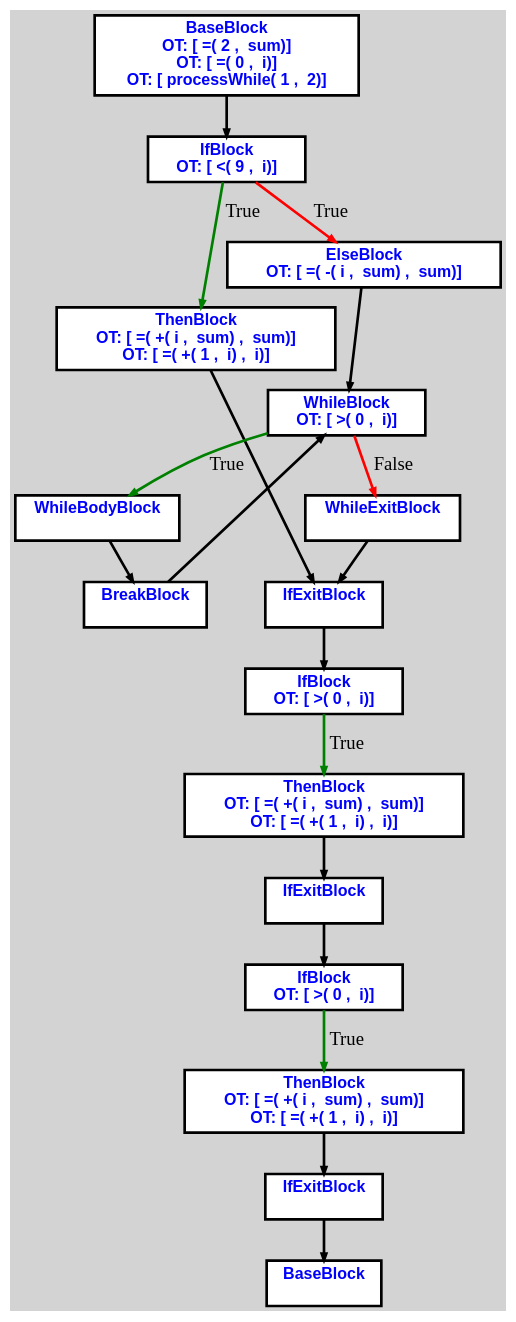
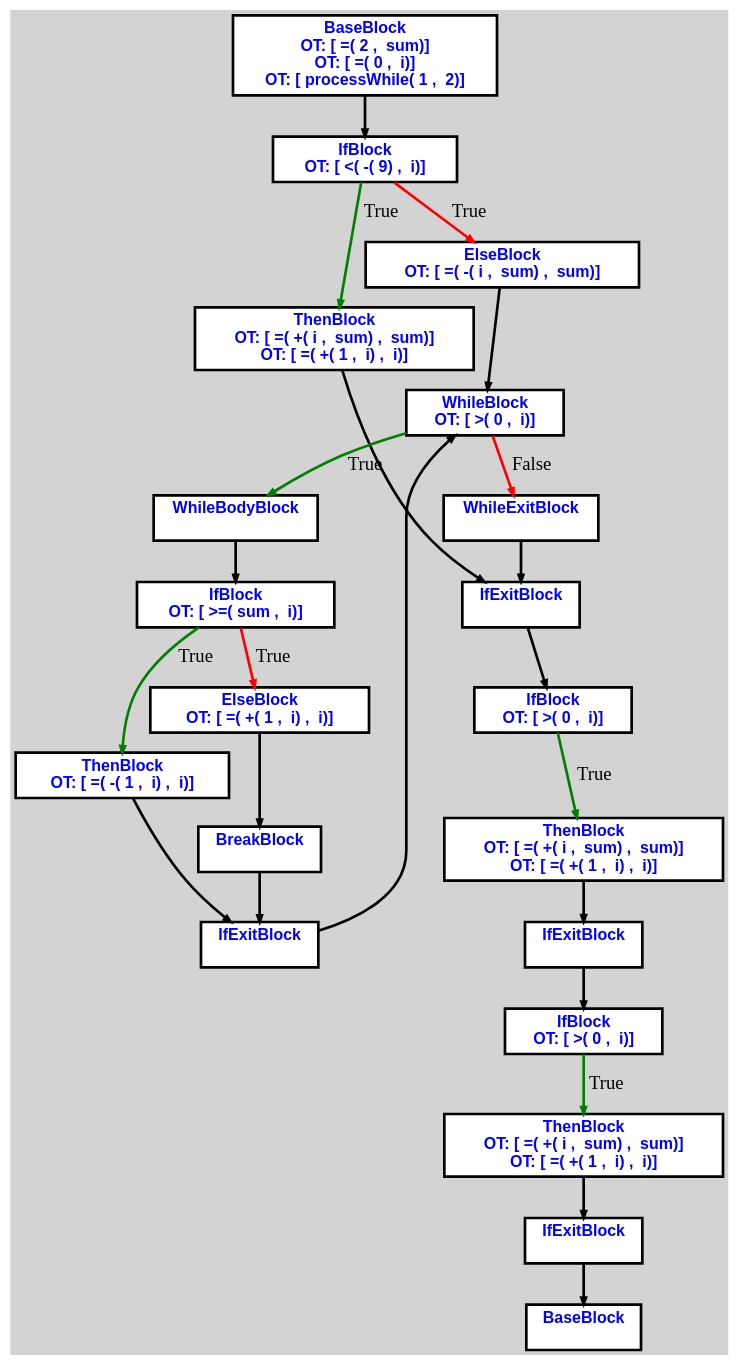
The diagram in cpoCompilerWin/input2.txt.processArray.dot (aveen007/CountingMonkeys), drawn with Graphviz before and after one commit. The commit also changed 24 other files, not shown here.

```diff
--- a/cpoCompilerWin/input2.txt.processArray.dot
+++ b/cpoCompilerWin/input2.txt.processArray.dot
@@ -1,54 +1,66 @@
 digraph G {
 ordering=out;
 ranksep=.4;
 bgcolor="lightgrey";  node [shape=box, fixedsize=false, fontsize=12, fontname="Helvetica-bold", fontcolor="blue"
 width=.25, height=.25, color="black", fillcolor="white", style="filled, solid, bold"];
 
-edge [arrowsize=.5, color="black", style="bold"]    n00001222C27A5A80 [label="BaseBlock\n OT: [ =( 2 ,  sum)]
+edge [arrowsize=.5, color="black", style="bold"]    n000011CED78A58A0 [label="BaseBlock\n OT: [ =( 2 ,  sum)]
 OT: [ =( 0 ,  i)]
 OT: [ processWhile( 1 ,  2)]
 "]
-    n00001222C27A5AE0 [label="IfBlock\n OT: [ <( 9 ,  i)]
+    n000011CED78A5900 [label="IfBlock\n OT: [ <( -( 9) ,  i)]
 "]
-    n00001222C27A5A80 -> n00001222C27A5AE0
-    n00001222C27A5AE0 -> n00001222C27A5B40 [label="True" color="green"]
-    n00001222C27A5B40 [label="ThenBlock\n OT: [ =( +( i ,  sum) ,  sum)]
+    n000011CED78A58A0 -> n000011CED78A5900
+    n000011CED78A5900 -> n000011CED78A5960 [label="True" color="green"]
+    n000011CED78A5960 [label="ThenBlock\n OT: [ =( +( i ,  sum) ,  sum)]
 OT: [ =( +( 1 ,  i) ,  i)]
 "]
-    n00001222C27A5D80 [label="IfExitBlock\n "]
-    n00001222C27A5B40 -> n00001222C27A5D80
-    n00001222C27A5DE0 [label="IfBlock\n OT: [ >( 0 ,  i)]
+    n000011CED78A5D20 [label="IfExitBlock\n "]
+    n000011CED78A5960 -> n000011CED78A5D20
+    n000011CED78A5D80 [label="IfBlock\n OT: [ >( 0 ,  i)]
 "]
-    n00001222C27A5D80 -> n00001222C27A5DE0
-    n00001222C27A5DE0 -> n00001222C27A5E40 [label="True" color="green"]
-    n00001222C27A5E40 [label="ThenBlock\n OT: [ =( +( i ,  sum) ,  sum)]
+    n000011CED78A5D20 -> n000011CED78A5D80
+    n000011CED78A5D80 -> n000011CED78A5DE0 [label="True" color="green"]
+    n000011CED78A5DE0 [label="ThenBlock\n OT: [ =( +( i ,  sum) ,  sum)]
 OT: [ =( +( 1 ,  i) ,  i)]
 "]
-    n00001222C27A5EA0 [label="IfExitBlock\n "]
-    n00001222C27A5E40 -> n00001222C27A5EA0
-    n00001222C27A5F00 [label="IfBlock\n OT: [ >( 0 ,  i)]
+    n000011CED78A5E40 [label="IfExitBlock\n "]
+    n000011CED78A5DE0 -> n000011CED78A5E40
+    n000011CED78A5EA0 [label="IfBlock\n OT: [ >( 0 ,  i)]
 "]
-    n00001222C27A5EA0 -> n00001222C27A5F00
-    n00001222C27A5F00 -> n00001222C27A5F60 [label="True" color="green"]
-    n00001222C27A5F60 [label="ThenBlock\n OT: [ =( +( i ,  sum) ,  sum)]
+    n000011CED78A5E40 -> n000011CED78A5EA0
+    n000011CED78A5EA0 -> n000011CED78A5F00 [label="True" color="green"]
+    n000011CED78A5F00 [label="ThenBlock\n OT: [ =( +( i ,  sum) ,  sum)]
 OT: [ =( +( 1 ,  i) ,  i)]
 "]
-    n00001222C27A5FC0 [label="IfExitBlock\n "]
-    n00001222C27A5F60 -> n00001222C27A5FC0
-    n00001222C27A6020 [label="BaseBlock\n "]
-    n00001222C27A5FC0 -> n00001222C27A6020
-    n00001222C27A5AE0 -> n00001222C27A5BA0 [label="True" color="red"]
-    n00001222C27A5BA0 [label="ElseBlock\n OT: [ =( -( i ,  sum) ,  sum)]
+    n000011CED78A5F60 [label="IfExitBlock\n "]
+    n000011CED78A5F00 -> n000011CED78A5F60
+    n000011CED78A5FC0 [label="BaseBlock\n "]
+    n000011CED78A5F60 -> n000011CED78A5FC0
+    n000011CED78A5900 -> n000011CED78A59C0 [label="True" color="red"]
+    n000011CED78A59C0 [label="ElseBlock\n OT: [ =( -( i ,  sum) ,  sum)]
 "]
-    n00001222C27A5C00 [label="WhileBlock\n OT: [ >( 0 ,  i)]
+    n000011CED78A5A20 [label="WhileBlock\n OT: [ >( 0 ,  i)]
 "]
-    n00001222C27A5BA0 -> n00001222C27A5C00
-	   n00001222C27A5C00 -> n00001222C27A5C60 [ label = "True" color="green"]
-    n00001222C27A5C60 [label="WhileBodyBlock\n "]
-    n00001222C27A5D20 [label="BreakBlock\n "]
-    n00001222C27A5C60 -> n00001222C27A5D20
-    n00001222C27A5D20 -> n00001222C27A5C00
-	   n00001222C27A5C00 -> n00001222C27A5CC0 [ label = "False" color="red"]
-    n00001222C27A5CC0 [label="WhileExitBlock\n "]
-    n00001222C27A5CC0 -> n00001222C27A5D80
+    n000011CED78A59C0 -> n000011CED78A5A20
+	   n000011CED78A5A20 -> n000011CED78A5A80 [ label = "True" color="green"]
+    n000011CED78A5A80 [label="WhileBodyBlock\n "]
+    n000011CED78A5B40 [label="IfBlock\n OT: [ >=( sum ,  i)]
+"]
+    n000011CED78A5A80 -> n000011CED78A5B40
+    n000011CED78A5B40 -> n000011CED78A5BA0 [label="True" color="green"]
+    n000011CED78A5BA0 [label="ThenBlock\n OT: [ =( -( 1 ,  i) ,  i)]
+"]
+    n000011CED78A5CC0 [label="IfExitBlock\n "]
+    n000011CED78A5BA0 -> n000011CED78A5CC0
+    n000011CED78A5CC0 -> n000011CED78A5A20
+    n000011CED78A5B40 -> n000011CED78A5C00 [label="True" color="red"]
+    n000011CED78A5C00 [label="ElseBlock\n OT: [ =( +( 1 ,  i) ,  i)]
+"]
+    n000011CED78A5C60 [label="BreakBlock\n "]
+    n000011CED78A5C00 -> n000011CED78A5C60
+    n000011CED78A5C60 -> n000011CED78A5CC0
+	   n000011CED78A5A20 -> n000011CED78A5AE0 [ label = "False" color="red"]
+    n000011CED78A5AE0 [label="WhileExitBlock\n "]
+    n000011CED78A5AE0 -> n000011CED78A5D20
 }
```
